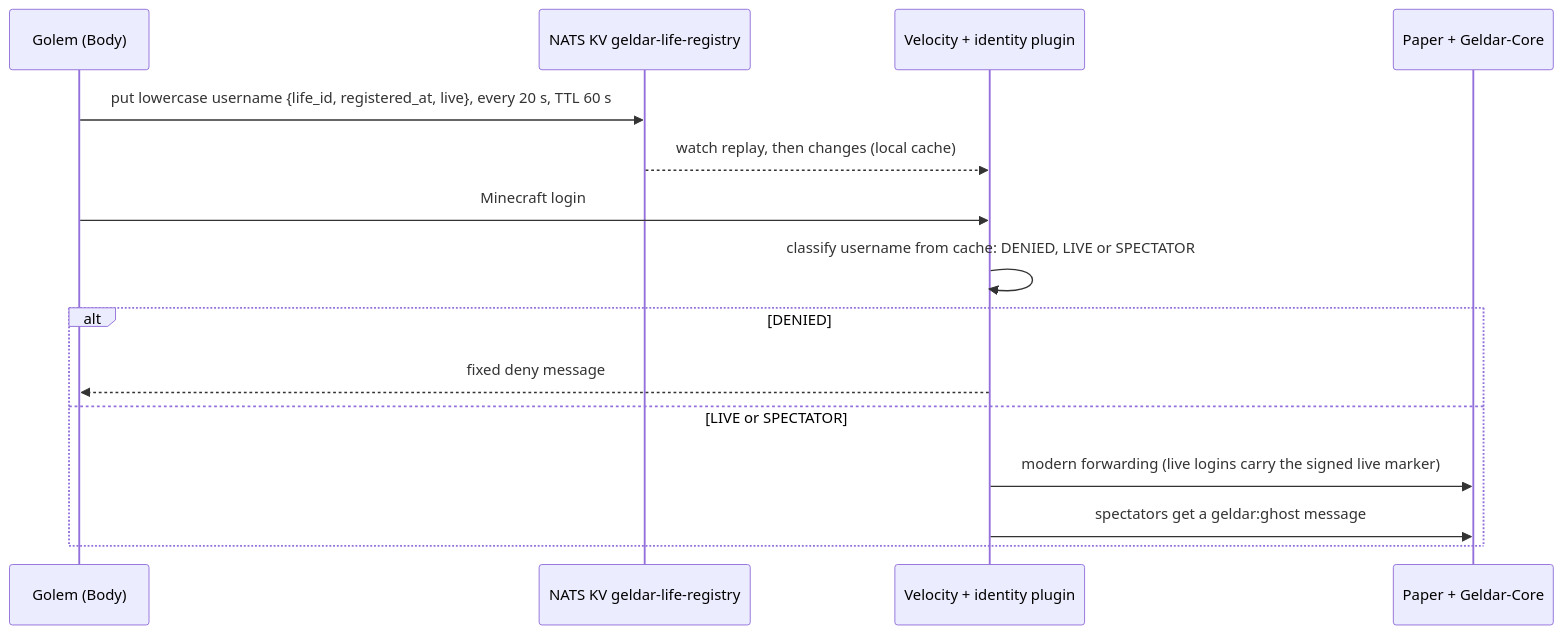
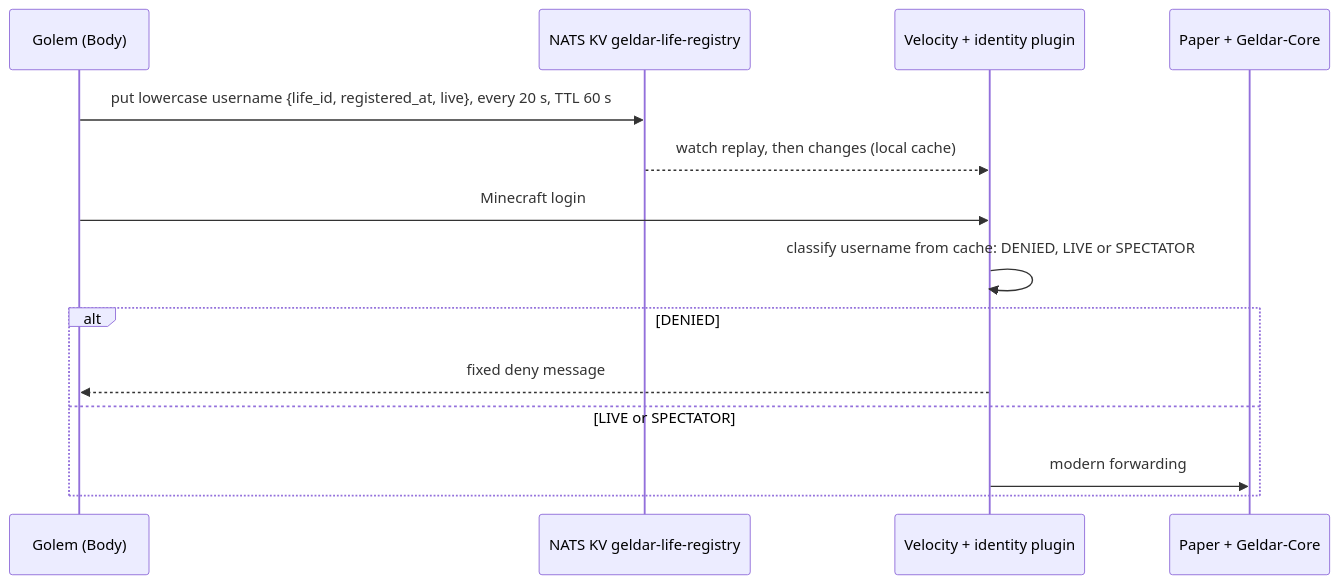
The diagram in docs/reference/velocity-identity-plugin.md (SandboxServers/geldar), drawn with Mermaid before and after one commit. The commit also changed other lines of this file and 76 other files, not shown here.

````diff
--- a/docs/reference/velocity-identity-plugin.md
+++ b/docs/reference/velocity-identity-plugin.md
@@ -33,17 +33,16 @@
 ```mermaid
 sequenceDiagram
   participant G as Golem (Body)
   participant KV as NATS KV geldar-life-registry
   participant V as Velocity + identity plugin
   participant P as Paper + Geldar-Core
   G->>KV: put lowercase username {life_id, registered_at, live}, every 20 s, TTL 60 s
   KV-->>V: watch replay, then changes (local cache)
   G->>V: Minecraft login
   V->>V: classify username from cache: DENIED, LIVE or SPECTATOR
   alt DENIED
     V-->>G: fixed deny message
   else LIVE or SPECTATOR
-    V->>P: modern forwarding (live logins carry the signed live marker)
-    V->>P: spectators get a geldar:ghost message
+    V->>P: modern forwarding
   end
 ```
````
